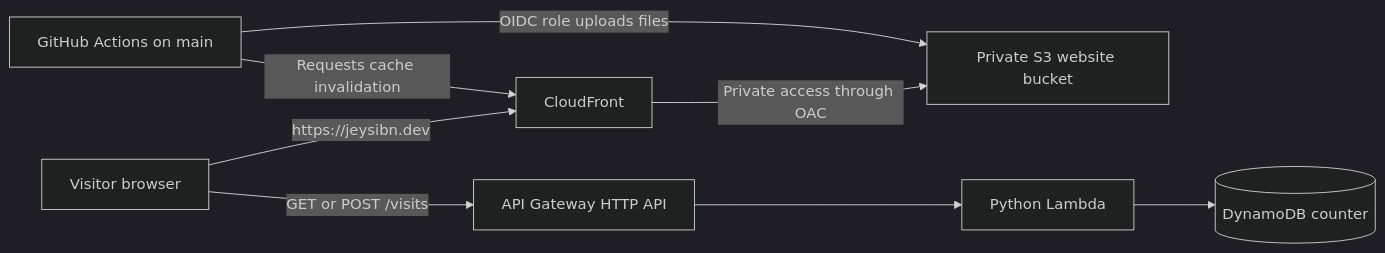
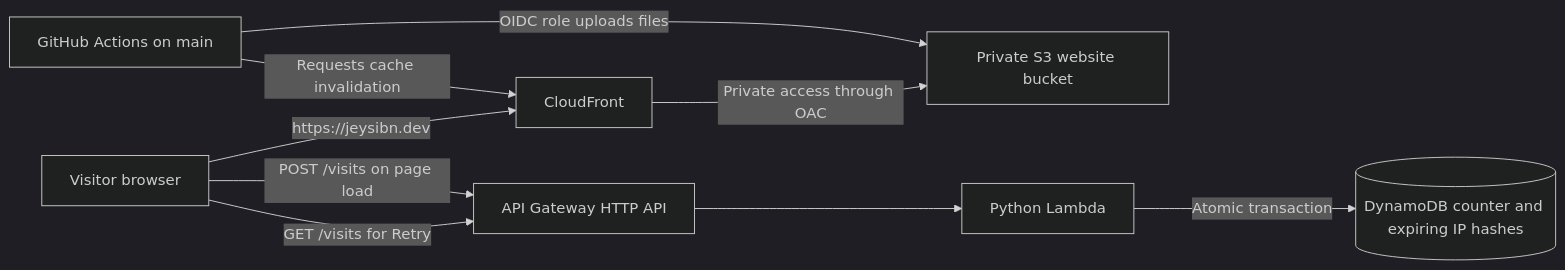
The diagram in docs/architecture.md (Jeysibn/cloud-resume-challenge), drawn with Mermaid (dark theme) before and after one commit. The commit also changed other lines of this file and 12 other files, not shown here.

````diff
--- a/docs/architecture.md
+++ b/docs/architecture.md
@@ -7,18 +7,19 @@
 ```mermaid
 flowchart LR
     B[Visitor browser]
     CF[CloudFront]
     S3[Private S3 website bucket]
     API[API Gateway HTTP API]
     L[Python Lambda]
-    DB[(DynamoDB counter)]
+    DB[(DynamoDB counter and expiring IP hashes)]
     GH[GitHub Actions on main]
 
     B -->|https://jeysibn.dev| CF
     CF -->|Private access through OAC| S3
-    B -->|GET or POST /visits| API
+    B -->|POST /visits on page load| API
+    B -->|GET /visits for Retry| API
     API --> L
-    L --> DB
+    L -->|Atomic transaction| DB
     GH -->|OIDC role uploads files| S3
     GH -->|Requests cache invalidation| CF
 ```
````
